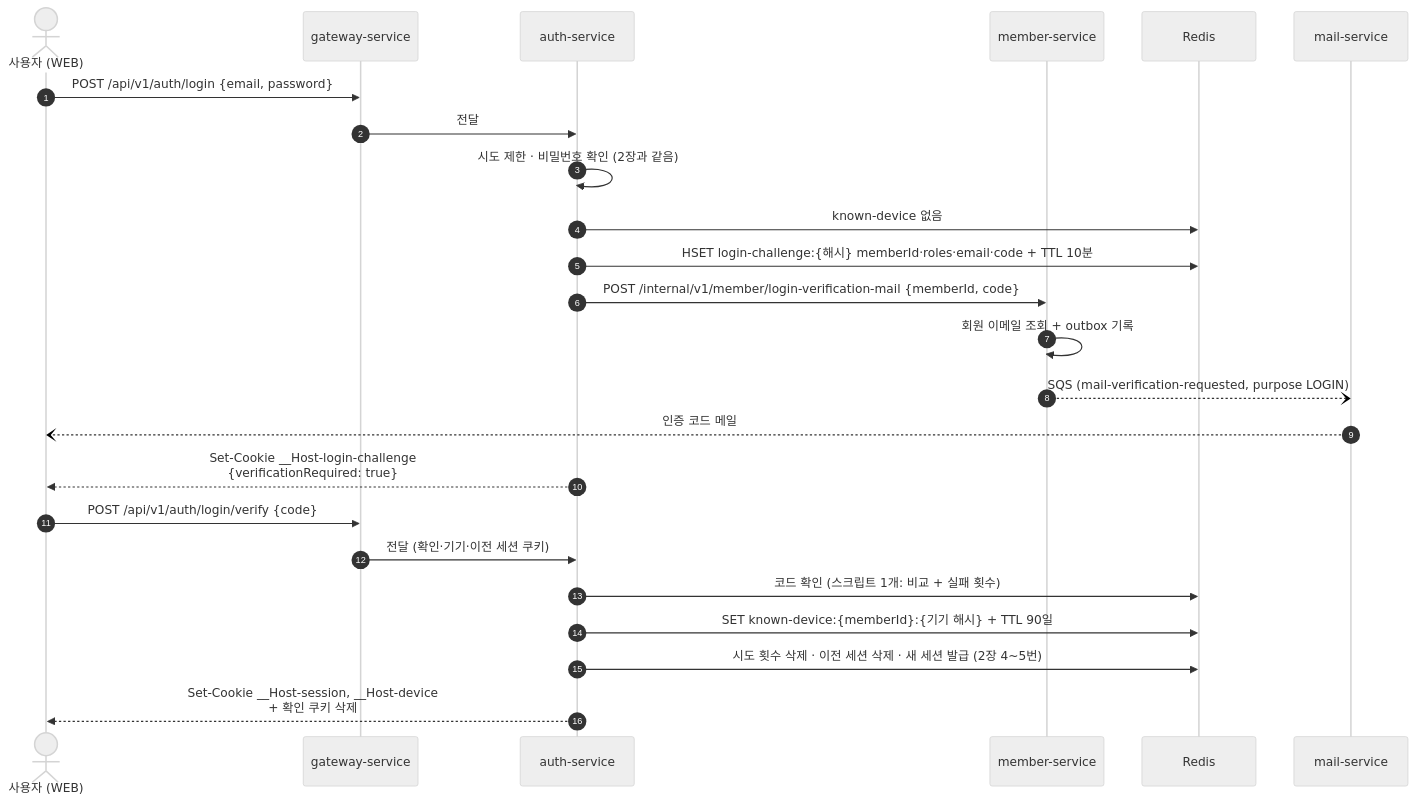
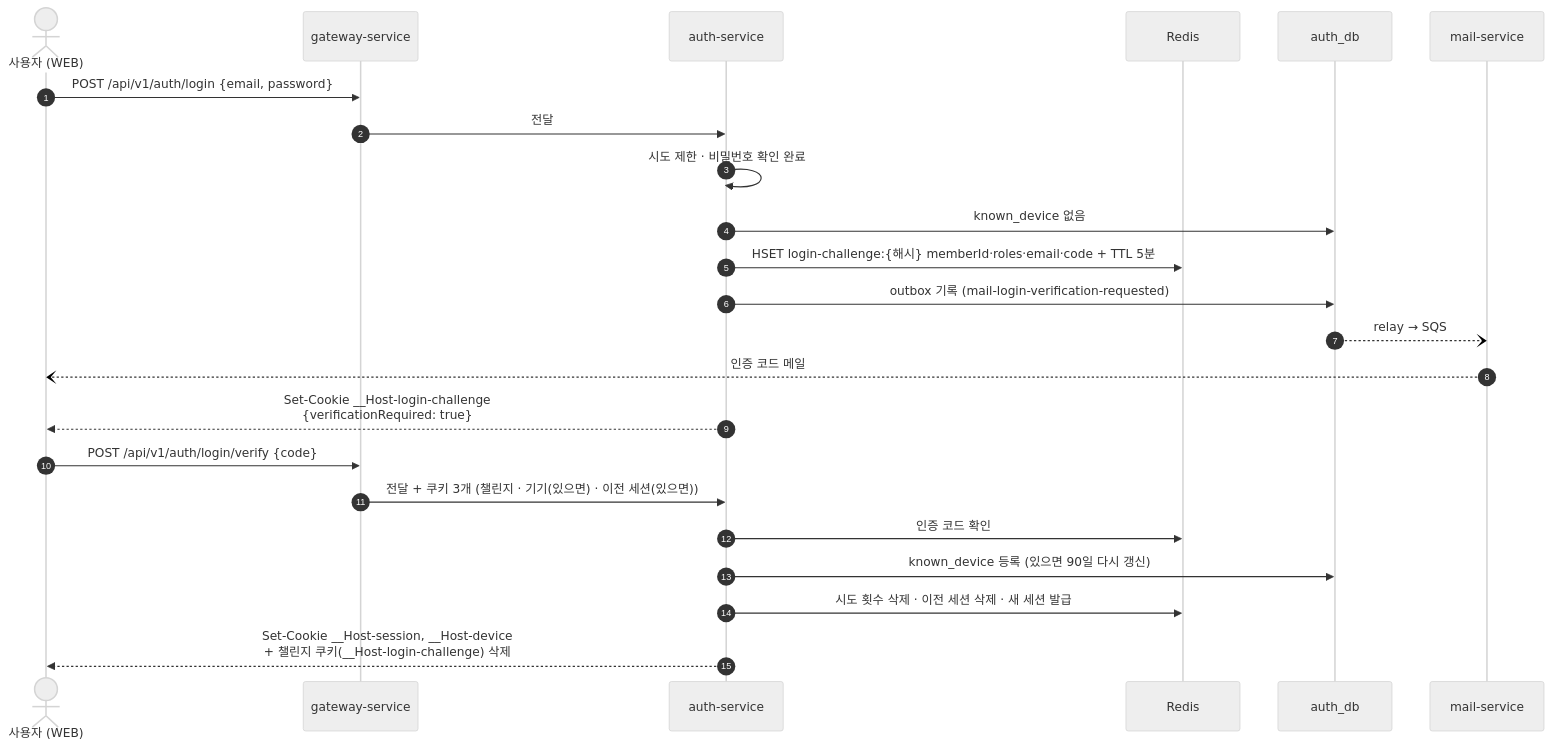
One commit to rivertw777/ModuDrive-API changed the second of 4 diagrams in .docs/spec/004-auth-spec.md. Above: the diagram before and after it, drawn with Mermaid (neutral theme). The commit also changed other lines of this file and 76 other files, not shown here.

First line of the commit message:
feat(auth): move known devices to auth_db

````diff
--- a/.docs/spec/004-auth-spec.md
+++ b/.docs/spec/004-auth-spec.md
@@ -131,27 +142,26 @@
 ```mermaid
 sequenceDiagram
     autonumber
     actor U as 사용자 (WEB)
     participant G as gateway-service
     participant A as auth-service
-    participant M as member-service
     participant R as Redis
+    participant D as auth_db
     participant Mail as mail-service
 
     U->>G: POST /api/v1/auth/login {email, password}
     G->>A: 전달
-    A->>A: 시도 제한 · 비밀번호 확인 (2장과 같음)
-    A->>R: known-device 없음
-    A->>R: HSET login-challenge:{해시} memberId·roles·email·code + TTL 10분
-    A->>M: POST /internal/v1/member/login-verification-mail {memberId, code}
-    M->>M: 회원 이메일 조회 + outbox 기록
-    M--)Mail: SQS (mail-verification-requested, purpose LOGIN)
+    A->>A: 시도 제한 · 비밀번호 확인 완료
+    A->>D: known_device 없음
+    A->>R: HSET login-challenge:{해시} memberId·roles·email·code + TTL 5분
+    A->>D: outbox 기록 (mail-login-verification-requested)
+    D--)Mail: relay → SQS
     Mail--)U: 인증 코드 메일
     A-->>U: Set-Cookie __Host-login-challenge<br/>{verificationRequired: true}
     U->>G: POST /api/v1/auth/login/verify {code}
-    G->>A: 전달 (확인·기기·이전 세션 쿠키)
-    A->>R: 코드 확인 (스크립트 1개: 비교 + 실패 횟수)
-    A->>R: SET known-device:{memberId}:{기기 해시} + TTL 90일
-    A->>R: 시도 횟수 삭제 · 이전 세션 삭제 · 새 세션 발급 (2장 4~5번)
-    A-->>U: Set-Cookie __Host-session, __Host-device<br/>+ 확인 쿠키 삭제
+    G->>A: 전달 + 쿠키 3개 (챌린지 · 기기(있으면) · 이전 세션(있으면))
+    A->>R: 인증 코드 확인
+    A->>D: known_device 등록 (있으면 90일 다시 갱신)
+    A->>R: 시도 횟수 삭제 · 이전 세션 삭제 · 새 세션 발급
+    A-->>U: Set-Cookie __Host-session, __Host-device<br/>+ 챌린지 쿠키(__Host-login-challenge) 삭제
 ```
````
